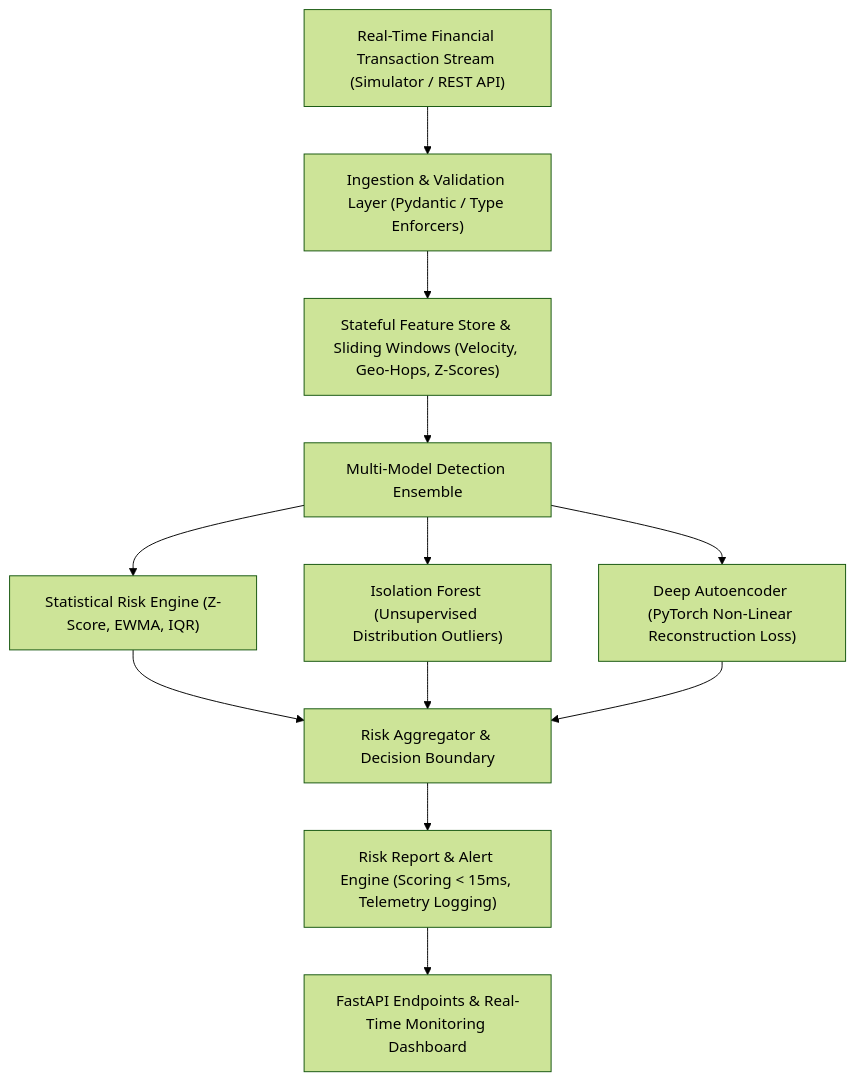
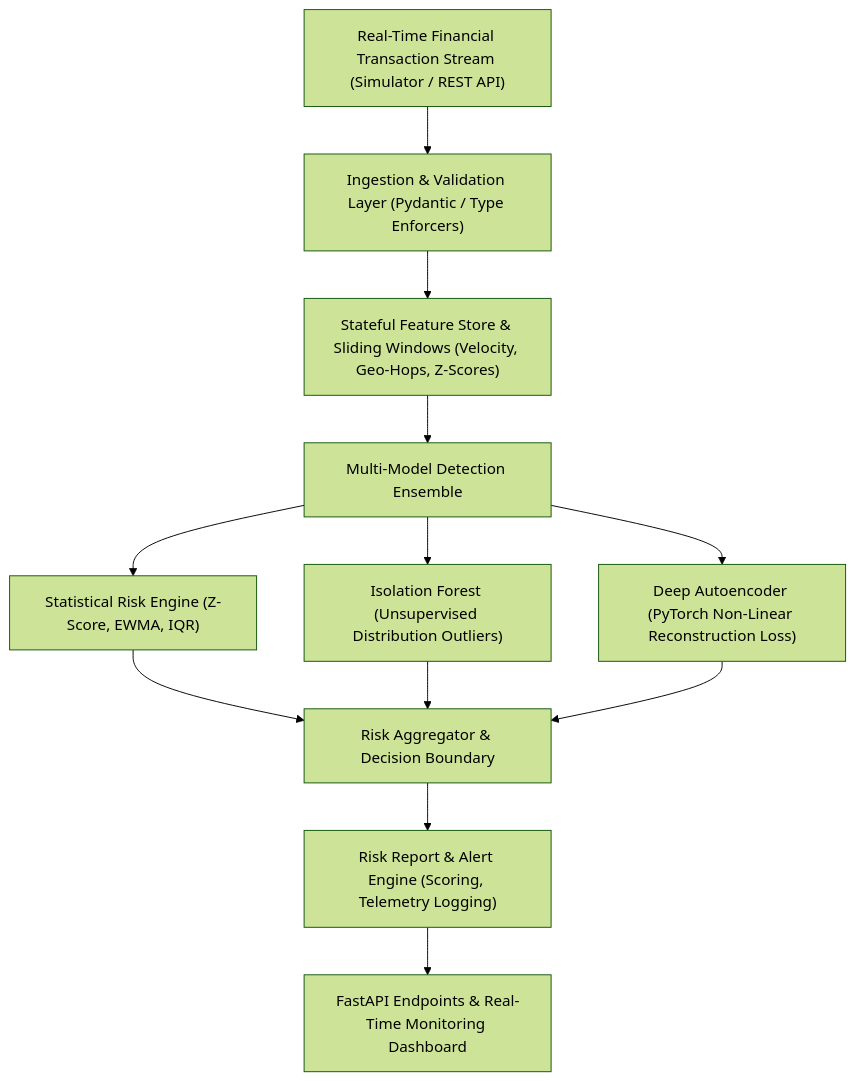
Before and after one commit to PremKLodhia/financial-risk-engine: the diagram in README.md, drawn with Mermaid (forest theme). The commit also changed other lines of this file, not shown here.

````diff
--- a/README.md
+++ b/README.md
@@ -17,14 +17,14 @@
 ```mermaid
 graph TD
     A["Real-Time Financial Transaction Stream (Simulator / REST API)"] --> B["Ingestion & Validation Layer (Pydantic / Type Enforcers)"]
     B --> C["Stateful Feature Store & Sliding Windows (Velocity, Geo-Hops, Z-Scores)"]
     C --> D["Multi-Model Detection Ensemble"]
     D --> D1["Statistical Risk Engine (Z-Score, EWMA, IQR)"]
     D --> D2["Isolation Forest (Unsupervised Distribution Outliers)"]
     D --> D3["Deep Autoencoder (PyTorch Non-Linear Reconstruction Loss)"]
     D1 --> E["Risk Aggregator & Decision Boundary"]
     D2 --> E
     D3 --> E
-    E --> F["Risk Report & Alert Engine (Scoring < 15ms, Telemetry Logging)"]
+    E --> F["Risk Report & Alert Engine (Scoring, Telemetry Logging)"]
     F --> G["FastAPI Endpoints & Real-Time Monitoring Dashboard"]
 ```
````
